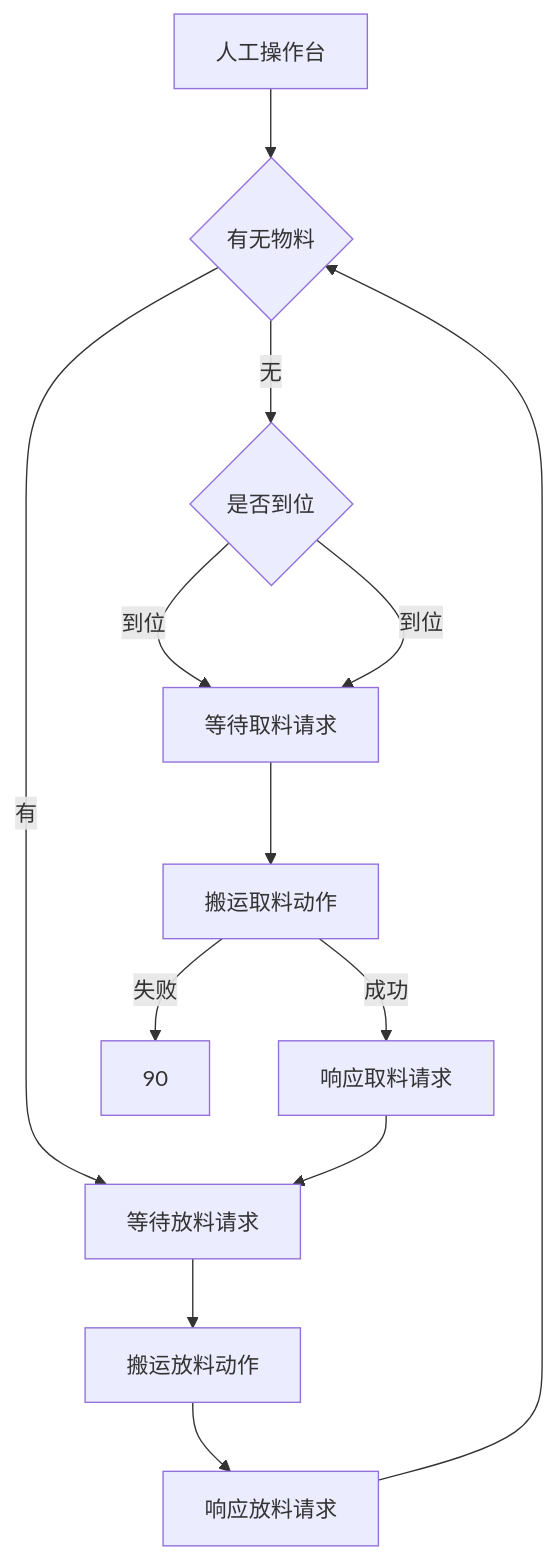
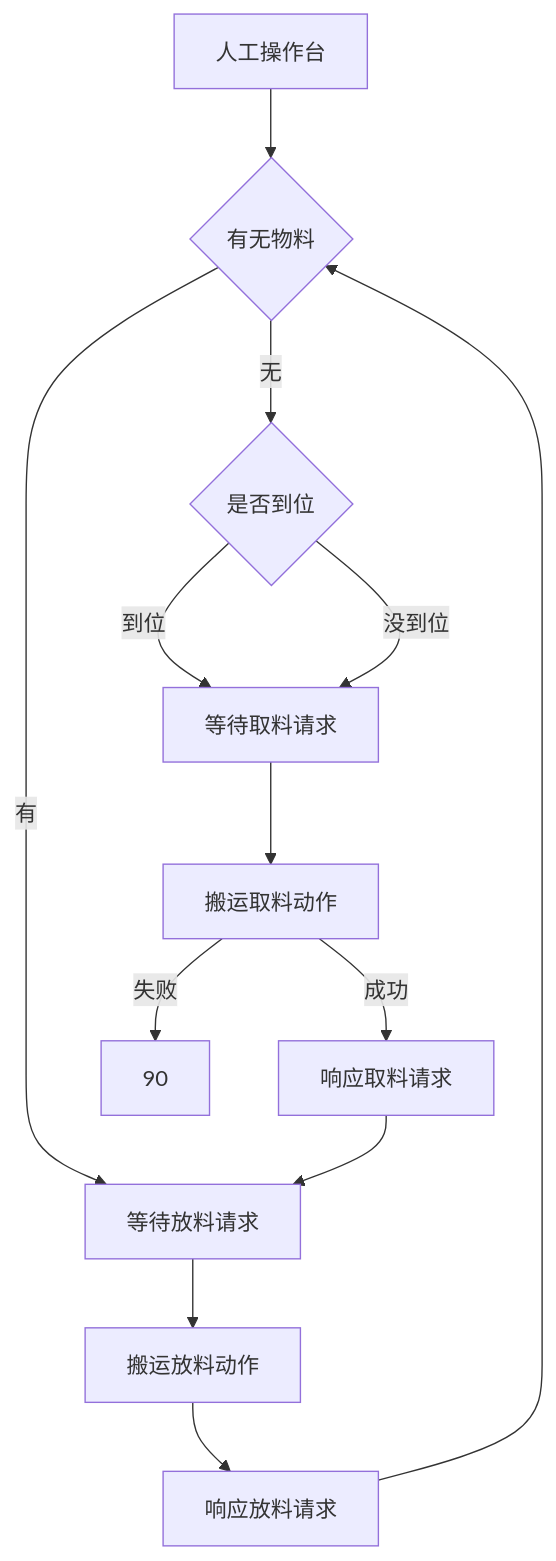
The diagram in all/未命名-4.md (PengKun1/iodraw-files), drawn with Mermaid before and after one commit.

Commit message:
2024-12-20 14:43:58 update

````diff
--- a/all/未命名-4.md
+++ b/all/未命名-4.md
@@ -1,15 +1,15 @@
 ```mermaid
 graph TD
 0[人工操作台]-->10
 10{有无物料}-->|无|20
 10-->|有|60
 20{是否到位}-->|到位|30
-20{是否到位}-->|到位|30
+20-->|没到位|30
 30[等待取料请求]-->40
 40[搬运取料动作]-->|成功|50
 40-->|失败|90
 50[响应取料请求]-->60
 60[等待放料请求]-->70
 70[搬运放料动作]-->80
 80[响应放料请求]-->10
 ```
````
